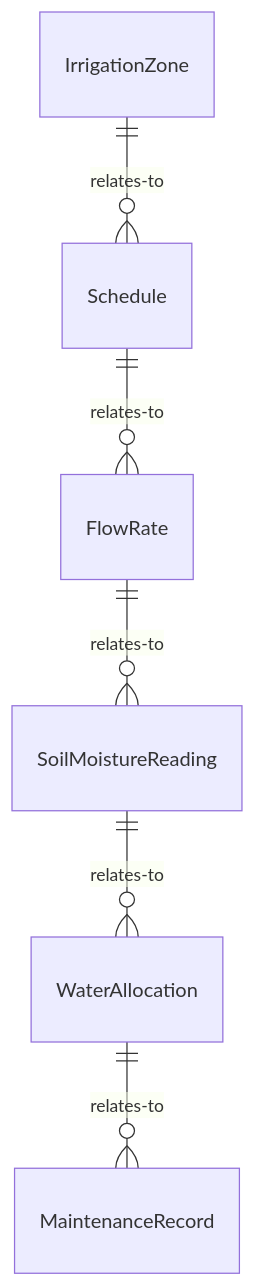
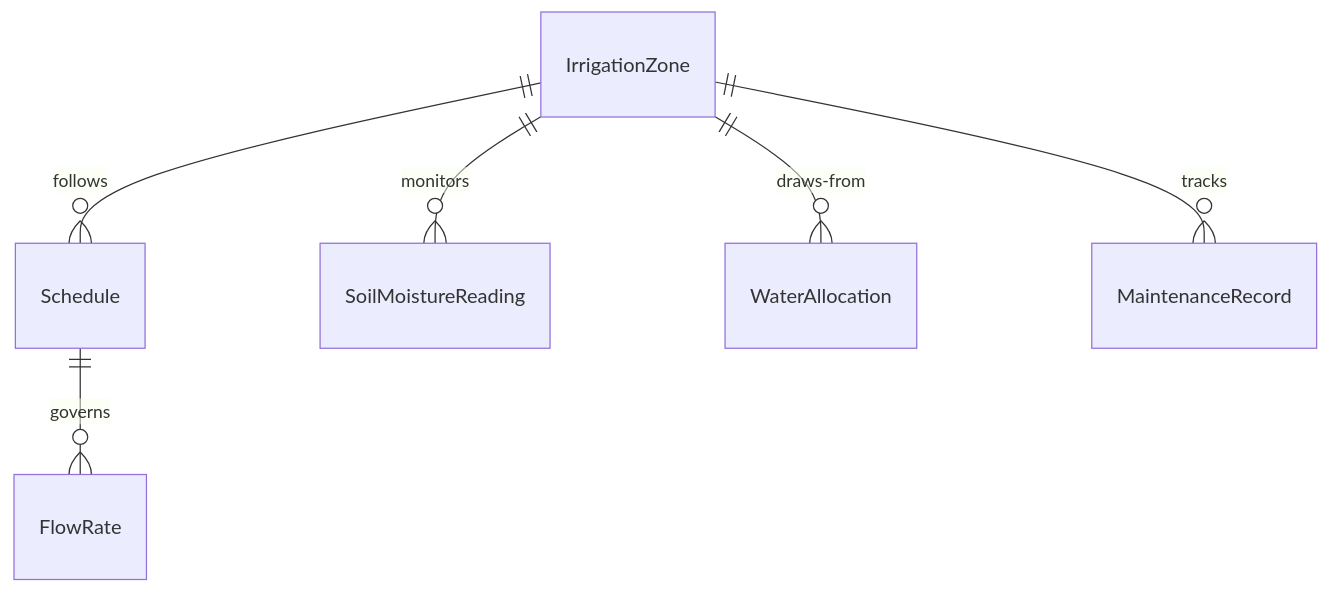
The first of 4 diagrams in ControllingMachinesAndProcesses/OperateAgriculturalOrForestryEquipment/OperateIrrigationSystems.mdx (dot-org-ai/tasks.org.ai), drawn with Mermaid before and after one commit. The commit also changed other lines of this file and 515 other files, not shown here.

````diff
--- a/ControllingMachinesAndProcesses/OperateAgriculturalOrForestryEquipment/OperateIrrigationSystems.mdx
+++ b/ControllingMachinesAndProcesses/OperateAgriculturalOrForestryEquipment/OperateIrrigationSystems.mdx
@@ -87,8 +87,8 @@
 ```mermaid
 erDiagram
-    IrrigationZone ||--o{ Schedule : relates-to
-    Schedule ||--o{ FlowRate : relates-to
-    FlowRate ||--o{ SoilMoistureReading : relates-to
-    SoilMoistureReading ||--o{ WaterAllocation : relates-to
-    WaterAllocation ||--o{ MaintenanceRecord : relates-to
+    IrrigationZone ||--o{ Schedule : follows
+    IrrigationZone ||--o{ SoilMoistureReading : monitors
+    Schedule ||--o{ FlowRate : governs
+    IrrigationZone ||--o{ WaterAllocation : draws-from
+    IrrigationZone ||--o{ MaintenanceRecord : tracks
 ```
````
